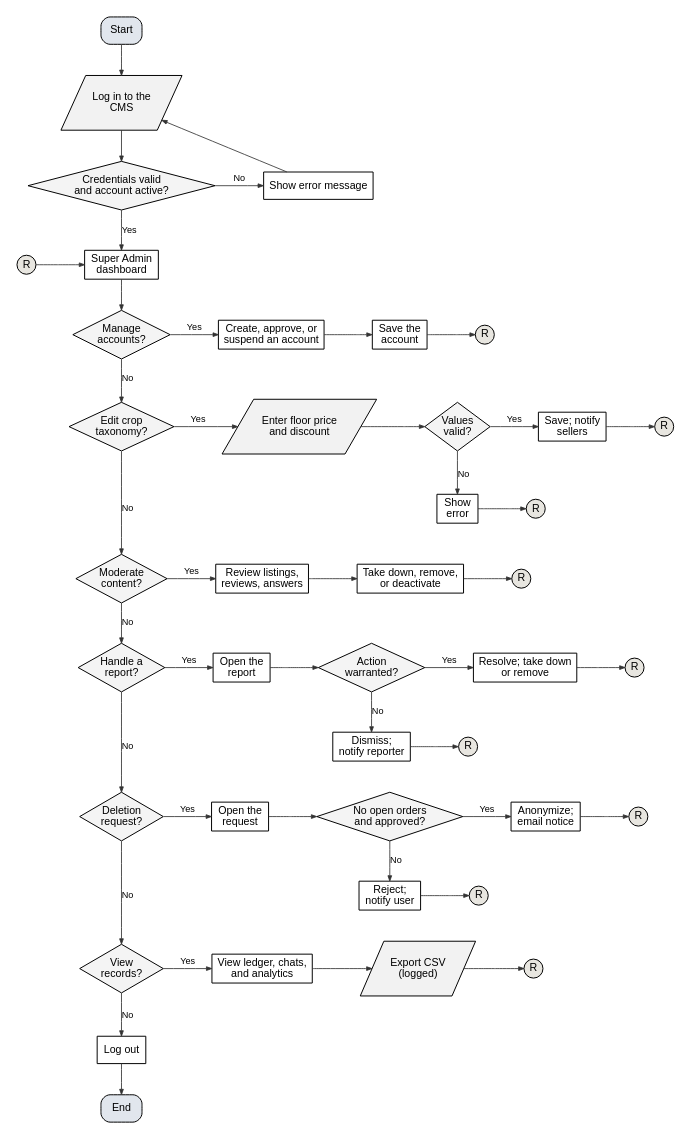
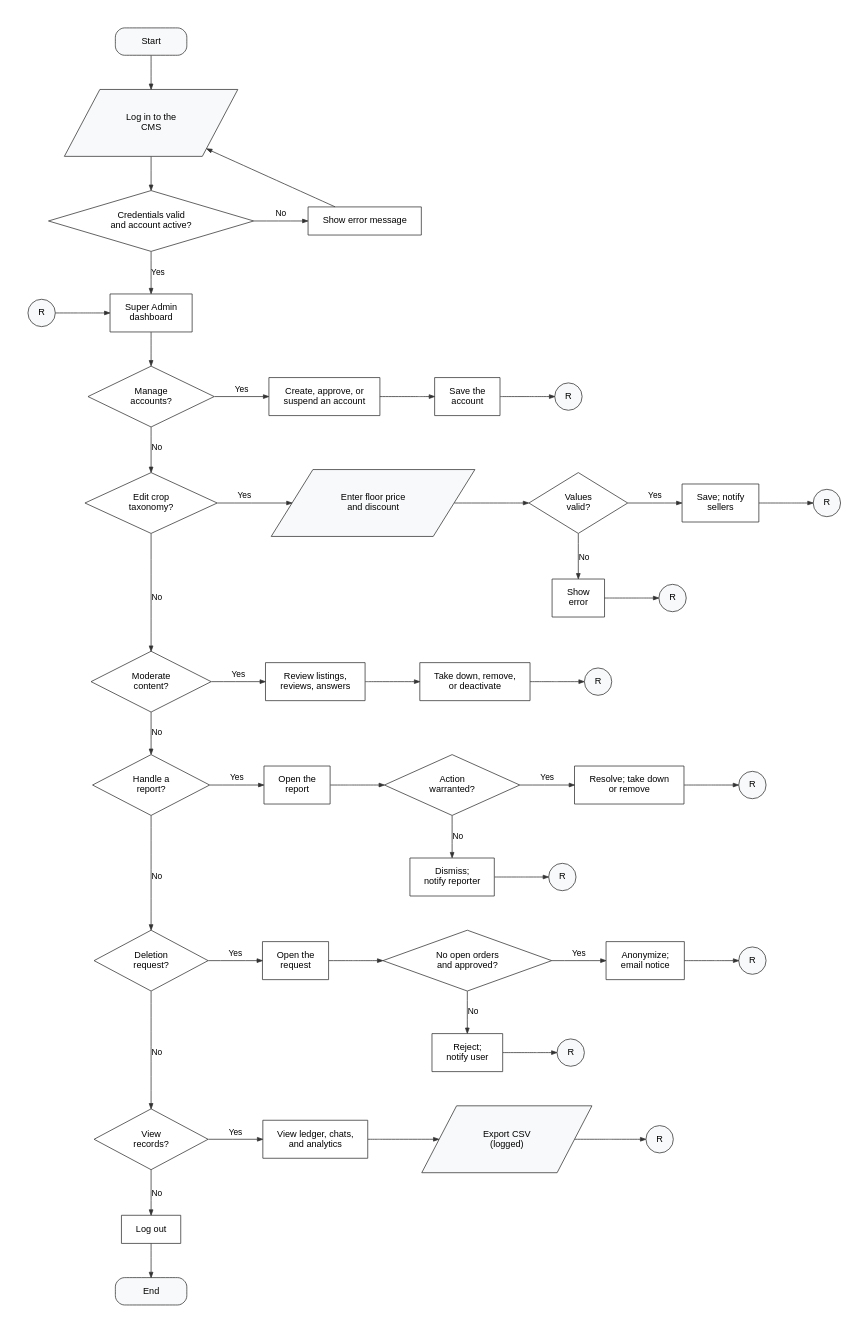
The diagram in docs/manuscript/figures/src/fig5b_flow_super_admin.dot (shawncastaneda11-commits/anihow-backend), drawn with Graphviz before and after one commit. The commit also changed 15 other files, not shown here.

First line of the commit message:
docs(manuscript): refactor Figure 5 to a publication-grade flowchart

```diff
--- a/docs/manuscript/figures/src/fig5b_flow_super_admin.dot
+++ b/docs/manuscript/figures/src/fig5b_flow_super_admin.dot
@@ -1,110 +1,110 @@
 digraph G {
-  graph [rankdir=TB, nodesep=0.45, ranksep=0.55, pad=0.2, fontname="Liberation Sans", newrank=true, splines=polyline];
-  node  [fontname="Liberation Sans", fontsize=14, penwidth=1.3, style=filled, fillcolor="#FFFFFF", margin="0.12,0.06"];
-  edge  [penwidth=1.1, arrowsize=0.7, color="#333333", fontname="Liberation Sans", fontsize=12];
-  s [shape=box, style="rounded,filled", fillcolor="#E1E6ED", label="Start"];
-  li [shape=parallelogram, fillcolor="#F2F2F2", label="Log in to the\nCMS", margin="0.02,0.04"];
-  ok [shape=diamond, fillcolor="#F4F4F4", label="Credentials valid\nand account active?", margin="0.02,0.02"];
+  graph [rankdir=TB, nodesep=0.5, ranksep=0.6, pad=0.4, fontname="Liberation Sans", newrank=true, splines=polyline, bgcolor="white"];
+  node  [fontname="Liberation Sans", fontsize=12, penwidth=1, color="#333333", style=filled, fillcolor="#FFFFFF", margin="0.26,0.16"];
+  edge  [penwidth=1, arrowsize=0.7, color="#333333", fontname="Liberation Sans", fontsize=11];
+  s [shape=box, style="rounded,filled", fillcolor="#F8F9FA", width=1.3, height=0.5, margin="0.2,0.1", label="Start"];
+  li [shape=parallelogram, fillcolor="#F8F9FA", label="Log in to the\nCMS", margin="0.30,0.12"];
+  ok [shape=diamond, fillcolor="#FFFFFF", label="Credentials valid\nand account active?", margin="0.20,0.10"];
   err [shape=box, label="Show error message"];
-  ain [shape=circle, width=0.35, fixedsize=true, fillcolor="#E8E6E0", label="R"];
+  ain [shape=circle, width=0.5, fixedsize=true, fillcolor="#F8F9FA", label="R"];
   home [shape=box, label="Super Admin\ndashboard"];
   lo [shape=box, label="Log out"];
-  end [shape=box, style="rounded,filled", fillcolor="#E1E6ED", label="End"];
+  end [shape=box, style="rounded,filled", fillcolor="#F8F9FA", width=1.3, height=0.5, margin="0.2,0.1", label="End"];
   s -> li;
   li -> ok;
   ok -> err [label="No"];
   err -> li [constraint=false];
   ok -> home [label="Yes"];
   ain -> home;
   {rank=same; ok err}
   {rank=same; home ain}
-  q0 [shape=diamond, fillcolor="#F4F4F4", label="Manage\naccounts?", margin="0.02,0.02"];
+  q0 [shape=diamond, fillcolor="#FFFFFF", label="Manage\naccounts?", margin="0.20,0.10"];
   home -> q0;
   s0_0 [shape=box, label="Create, approve, or\nsuspend an account"];
   q0 -> s0_0 [label="Yes"];
   s0_1 [shape=box, label="Save the\naccount"];
   s0_0 -> s0_1;
-  r0 [shape=circle, width=0.35, fixedsize=true, fillcolor="#E8E6E0", label="R"];
+  r0 [shape=circle, width=0.5, fixedsize=true, fillcolor="#F8F9FA", label="R"];
   s0_1 -> r0;
   {rank=same; q0; s0_0; s0_1; r0}
-  q1 [shape=diamond, fillcolor="#F4F4F4", label="Edit crop\ntaxonomy?", margin="0.02,0.02"];
+  q1 [shape=diamond, fillcolor="#FFFFFF", label="Edit crop\ntaxonomy?", margin="0.20,0.10"];
   q0 -> q1 [label="No"];
-  s1_0 [shape=parallelogram, fillcolor="#F2F2F2", label="Enter floor price\nand discount", margin="0.02,0.04"];
+  s1_0 [shape=parallelogram, fillcolor="#F8F9FA", label="Enter floor price\nand discount", margin="0.30,0.12"];
   q1 -> s1_0 [label="Yes"];
-  s1_1 [shape=diamond, fillcolor="#F4F4F4", label="Values\nvalid?", margin="0.02,0.02"];
+  s1_1 [shape=diamond, fillcolor="#FFFFFF", label="Values\nvalid?", margin="0.20,0.10"];
   s1_0 -> s1_1;
   a1_1 [shape=box, label="Show\nerror"];
-  xa1_1 [shape=circle, width=0.35, fixedsize=true, fillcolor="#E8E6E0", label="R"];
+  xa1_1 [shape=circle, width=0.5, fixedsize=true, fillcolor="#F8F9FA", label="R"];
   s1_1 -> a1_1 [label="No"];
   a1_1 -> xa1_1;
   {rank=same; a1_1; xa1_1}
   s1_2 [shape=box, label="Save; notify\nsellers"];
   s1_1 -> s1_2 [label="Yes"];
-  r1 [shape=circle, width=0.35, fixedsize=true, fillcolor="#E8E6E0", label="R"];
+  r1 [shape=circle, width=0.5, fixedsize=true, fillcolor="#F8F9FA", label="R"];
   s1_2 -> r1;
   {rank=same; q1; s1_0; s1_1; s1_2; r1}
-  q2 [shape=diamond, fillcolor="#F4F4F4", label="Moderate\ncontent?", margin="0.02,0.02"];
+  q2 [shape=diamond, fillcolor="#FFFFFF", label="Moderate\ncontent?", margin="0.20,0.10"];
   q1 -> q2 [label="No", minlen=2];
   s2_0 [shape=box, label="Review listings,\nreviews, answers"];
   q2 -> s2_0 [label="Yes"];
   s2_1 [shape=box, label="Take down, remove,\nor deactivate"];
   s2_0 -> s2_1;
-  r2 [shape=circle, width=0.35, fixedsize=true, fillcolor="#E8E6E0", label="R"];
+  r2 [shape=circle, width=0.5, fixedsize=true, fillcolor="#F8F9FA", label="R"];
   s2_1 -> r2;
   {rank=same; q2; s2_0; s2_1; r2}
-  q3 [shape=diamond, fillcolor="#F4F4F4", label="Handle a\nreport?", margin="0.02,0.02"];
+  q3 [shape=diamond, fillcolor="#FFFFFF", label="Handle a\nreport?", margin="0.20,0.10"];
   q2 -> q3 [label="No"];
   s3_0 [shape=box, label="Open the\nreport"];
   q3 -> s3_0 [label="Yes"];
-  s3_1 [shape=diamond, fillcolor="#F4F4F4", label="Action\nwarranted?", margin="0.02,0.02"];
+  s3_1 [shape=diamond, fillcolor="#FFFFFF", label="Action\nwarranted?", margin="0.20,0.10"];
   s3_0 -> s3_1;
   a3_1 [shape=box, label="Dismiss;\nnotify reporter"];
-  xa3_1 [shape=circle, width=0.35, fixedsize=true, fillcolor="#E8E6E0", label="R"];
+  xa3_1 [shape=circle, width=0.5, fixedsize=true, fillcolor="#F8F9FA", label="R"];
   s3_1 -> a3_1 [label="No"];
   a3_1 -> xa3_1;
   {rank=same; a3_1; xa3_1}
   s3_2 [shape=box, label="Resolve; take down\nor remove"];
   s3_1 -> s3_2 [label="Yes"];
-  r3 [shape=circle, width=0.35, fixedsize=true, fillcolor="#E8E6E0", label="R"];
+  r3 [shape=circle, width=0.5, fixedsize=true, fillcolor="#F8F9FA", label="R"];
   s3_2 -> r3;
   {rank=same; q3; s3_0; s3_1; s3_2; r3}
-  q4 [shape=diamond, fillcolor="#F4F4F4", label="Deletion\nrequest?", margin="0.02,0.02"];
+  q4 [shape=diamond, fillcolor="#FFFFFF", label="Deletion\nrequest?", margin="0.20,0.10"];
   q3 -> q4 [label="No", minlen=2];
   s4_0 [shape=box, label="Open the\nrequest"];
   q4 -> s4_0 [label="Yes"];
-  s4_1 [shape=diamond, fillcolor="#F4F4F4", label="No open orders\nand approved?", margin="0.02,0.02"];
+  s4_1 [shape=diamond, fillcolor="#FFFFFF", label="No open orders\nand approved?", margin="0.20,0.10"];
   s4_0 -> s4_1;
   a4_1 [shape=box, label="Reject;\nnotify user"];
-  xa4_1 [shape=circle, width=0.35, fixedsize=true, fillcolor="#E8E6E0", label="R"];
+  xa4_1 [shape=circle, width=0.5, fixedsize=true, fillcolor="#F8F9FA", label="R"];
   s4_1 -> a4_1 [label="No"];
   a4_1 -> xa4_1;
   {rank=same; a4_1; xa4_1}
   s4_2 [shape=box, label="Anonymize;\nemail notice"];
   s4_1 -> s4_2 [label="Yes"];
-  r4 [shape=circle, width=0.35, fixedsize=true, fillcolor="#E8E6E0", label="R"];
+  r4 [shape=circle, width=0.5, fixedsize=true, fillcolor="#F8F9FA", label="R"];
   s4_2 -> r4;
   {rank=same; q4; s4_0; s4_1; s4_2; r4}
-  q5 [shape=diamond, fillcolor="#F4F4F4", label="View\nrecords?", margin="0.02,0.02"];
+  q5 [shape=diamond, fillcolor="#FFFFFF", label="View\nrecords?", margin="0.20,0.10"];
   q4 -> q5 [label="No", minlen=2];
   s5_0 [shape=box, label="View ledger, chats,\nand analytics"];
   q5 -> s5_0 [label="Yes"];
-  s5_1 [shape=parallelogram, fillcolor="#F2F2F2", label="Export CSV\n(logged)", margin="0.02,0.04"];
+  s5_1 [shape=parallelogram, fillcolor="#F8F9FA", label="Export CSV\n(logged)", margin="0.30,0.12"];
   s5_0 -> s5_1;
-  r5 [shape=circle, width=0.35, fixedsize=true, fillcolor="#E8E6E0", label="R"];
+  r5 [shape=circle, width=0.5, fixedsize=true, fillcolor="#F8F9FA", label="R"];
   s5_1 -> r5;
   {rank=same; q5; s5_0; s5_1; r5}
   q5 -> lo [label="No"];
   lo -> end;
   s [group=trunk];
   li [group=trunk];
   ok [group=trunk];
   home [group=trunk];
   lo [group=trunk];
   end [group=trunk];
   q0 [group=trunk];
   q1 [group=trunk];
   q2 [group=trunk];
   q3 [group=trunk];
   q4 [group=trunk];
   q5 [group=trunk];
 }
```
